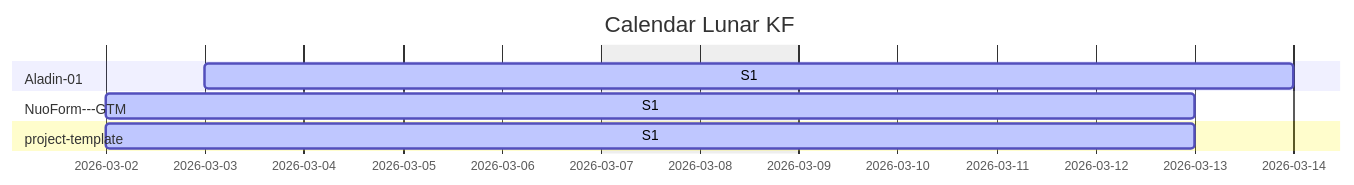
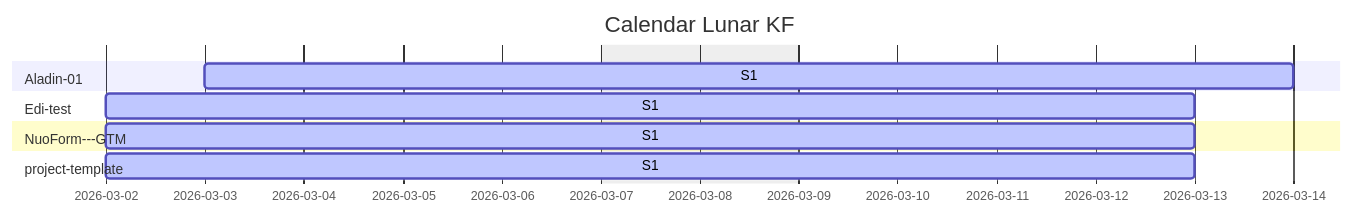
Before and after one commit to Katty-Fashion/kf-cpto: the second of 2 diagrams in docs/unified-calendar.md, drawn with Mermaid. The commit also changed other lines of this file and 6 other files, not shown here.

````diff
--- a/docs/unified-calendar.md
+++ b/docs/unified-calendar.md
@@ -22,13 +22,15 @@
 ```mermaid
 gantt
     title Calendar Lunar KF
     dateFormat YYYY-MM-DD
     excludes weekends
 
     section Aladin-01
     S1 :active, 2026-03-03, 2026-03-14
+    section Edi-test
+    S1 :active, 2026-03-02, 2026-03-13
     section NuoForm---GTM
     S1 :active, 2026-03-02, 2026-03-13
     section project-template
     S1 :active, 2026-03-02, 2026-03-13
 ```
````
